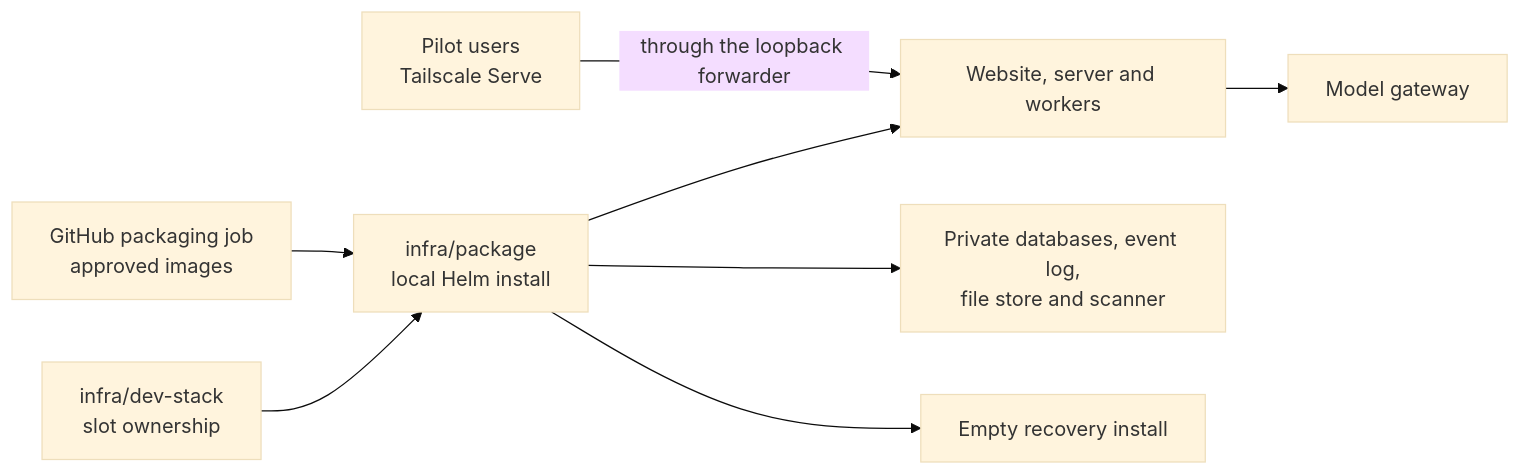
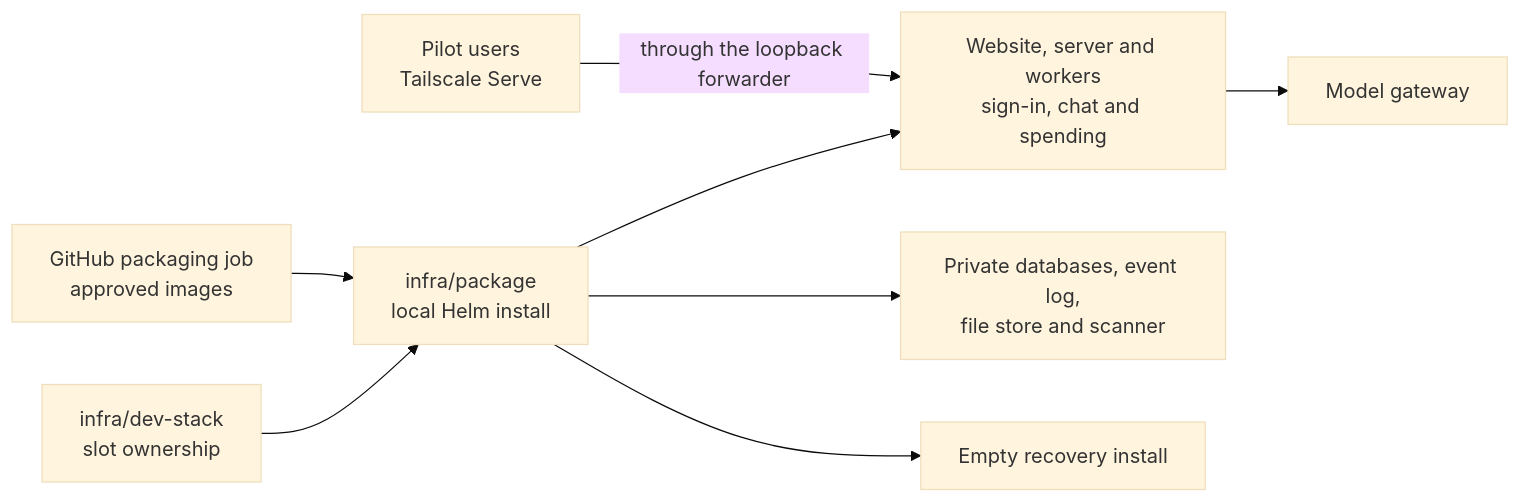
The diagram in infra/package/README.md (elewa-git/opencrane-new), drawn with Mermaid (base theme) before and after one commit. The commit also changed 6 other files, not shown here.

````diff
--- a/infra/package/README.md
+++ b/infra/package/README.md
@@ -19,10 +19,10 @@
 ```mermaid
 flowchart LR
   stack["infra/dev-stack<br/>slot ownership"] --> package["infra/package<br/>local Helm install"]
   ci["GitHub packaging job<br/>approved images"] --> package
-  package --> apps["Website, server and workers"]
+  package --> apps["Website, server and workers<br/>sign-in, chat and spending"]
   tailnet["Pilot users<br/>Tailscale Serve"] -->|through the loopback forwarder| apps
   package --> services["Private databases, event log,<br/>file store and scanner"]
   apps --> models["Model gateway"]
   package --> recovery["Empty recovery install"]
 ```
````
